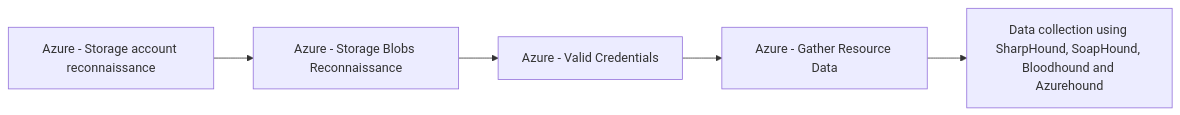
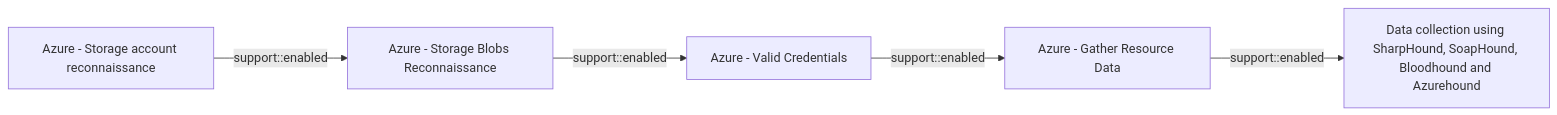
The diagram in docs/threats/azure-storage-account-reconnaissance.md (opentidehq/library), drawn with Mermaid before and after one commit. The commit also changed other lines of this file and 277 other files, not shown here.

````diff
--- a/docs/threats/azure-storage-account-reconnaissance.md
+++ b/docs/threats/azure-storage-account-reconnaissance.md
@@ -41,12 +72,12 @@
 ```mermaid
 flowchart LR
 53f4e2f0_7d11_4629_bb26_905993a589db["Azure - Storage account reconnaissance"]
 41f57a57_1ed6_407e_bb70_a0f6ab52af10["Azure - Storage Blobs Reconnaissance"]
 2743bf18_3b86_4721_bf3e_153dcda0b149["Azure - Valid Credentials"]
 b1593e0b_1b3b_462d_9ab6_21d1c136469d["Azure - Gather Resource Data"]
 53063205_4404_4e6d_a2f5_d566c6085d96["Data collection using SharpHound, SoapHound, Bloodhound and Azurehound"]
-53f4e2f0_7d11_4629_bb26_905993a589db --> 41f57a57_1ed6_407e_bb70_a0f6ab52af10
-41f57a57_1ed6_407e_bb70_a0f6ab52af10 --> 2743bf18_3b86_4721_bf3e_153dcda0b149
-2743bf18_3b86_4721_bf3e_153dcda0b149 --> b1593e0b_1b3b_462d_9ab6_21d1c136469d
-b1593e0b_1b3b_462d_9ab6_21d1c136469d --> 53063205_4404_4e6d_a2f5_d566c6085d96
+53f4e2f0_7d11_4629_bb26_905993a589db -->|support::enabled| 41f57a57_1ed6_407e_bb70_a0f6ab52af10
+41f57a57_1ed6_407e_bb70_a0f6ab52af10 -->|support::enabled| 2743bf18_3b86_4721_bf3e_153dcda0b149
+2743bf18_3b86_4721_bf3e_153dcda0b149 -->|support::enabled| b1593e0b_1b3b_462d_9ab6_21d1c136469d
+b1593e0b_1b3b_462d_9ab6_21d1c136469d -->|support::enabled| 53063205_4404_4e6d_a2f5_d566c6085d96
 ```
````
